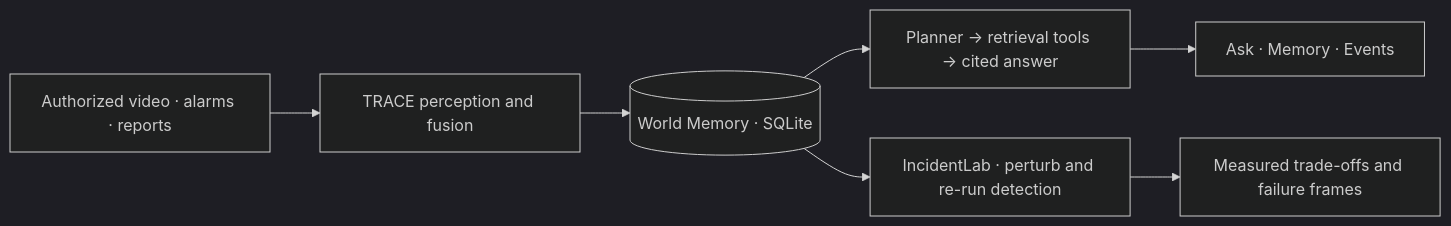
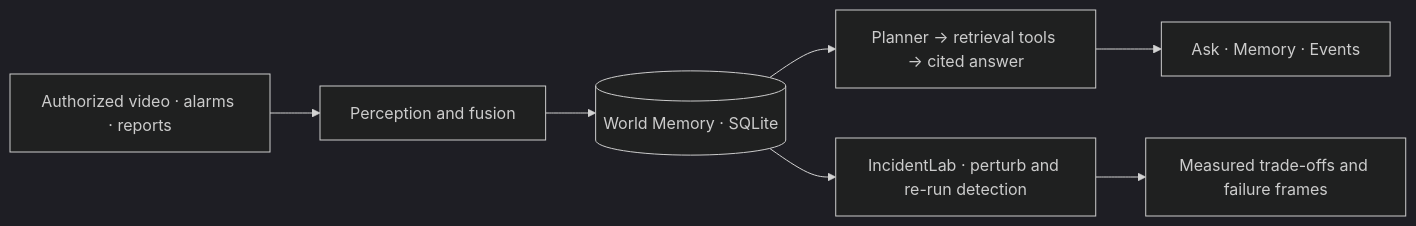
Before and after one commit to AlenHsiaoWeiLun/trace-ugen: the diagram in README.md, drawn with Mermaid (dark theme). The commit also changed other lines of this file, not shown here.

````diff
--- a/README.md
+++ b/README.md
@@ -84,9 +84,9 @@
 ```mermaid
 flowchart LR
-    S[Authorized video · alarms · reports] --> P[TRACE perception and fusion]
+    S[Authorized video · alarms · reports] --> P[Perception and fusion]
     P --> M[(World Memory · SQLite)]
     M --> A[Planner → retrieval tools → cited answer]
     A --> U[Ask · Memory · Events]
     M --> L[IncidentLab · perturb and re-run detection]
     L --> R[Measured trade-offs and failure frames]
 ```
````
